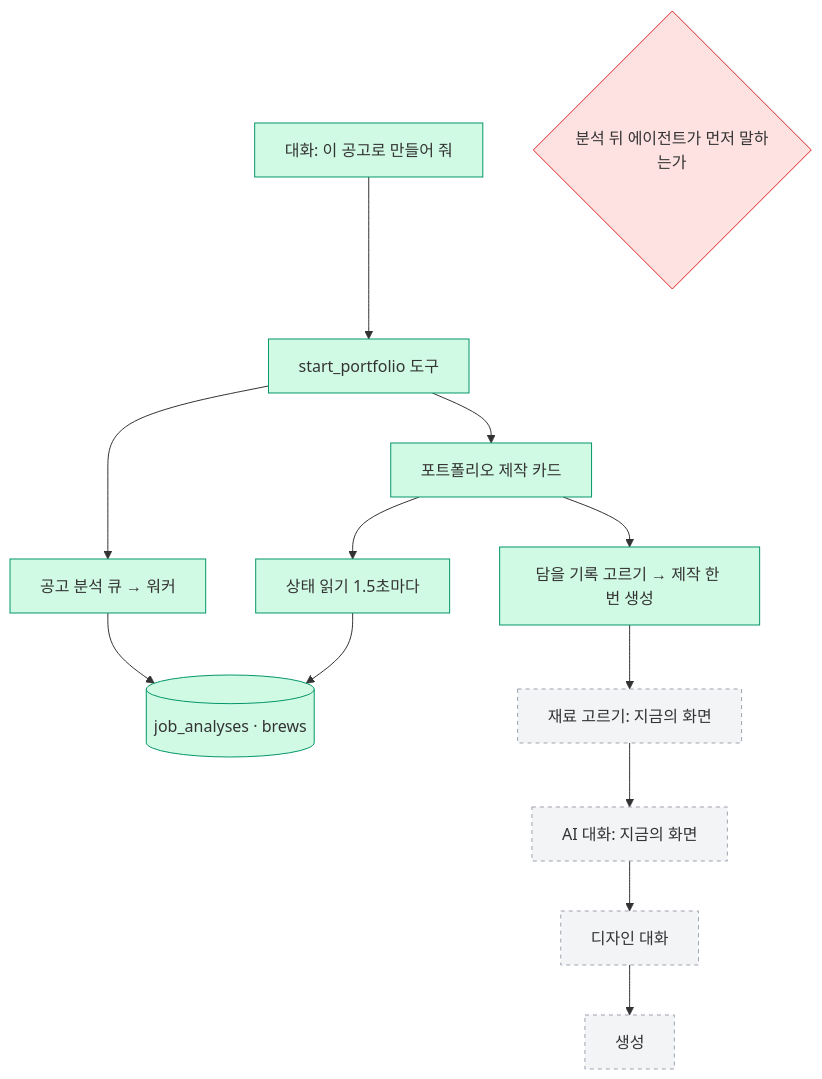
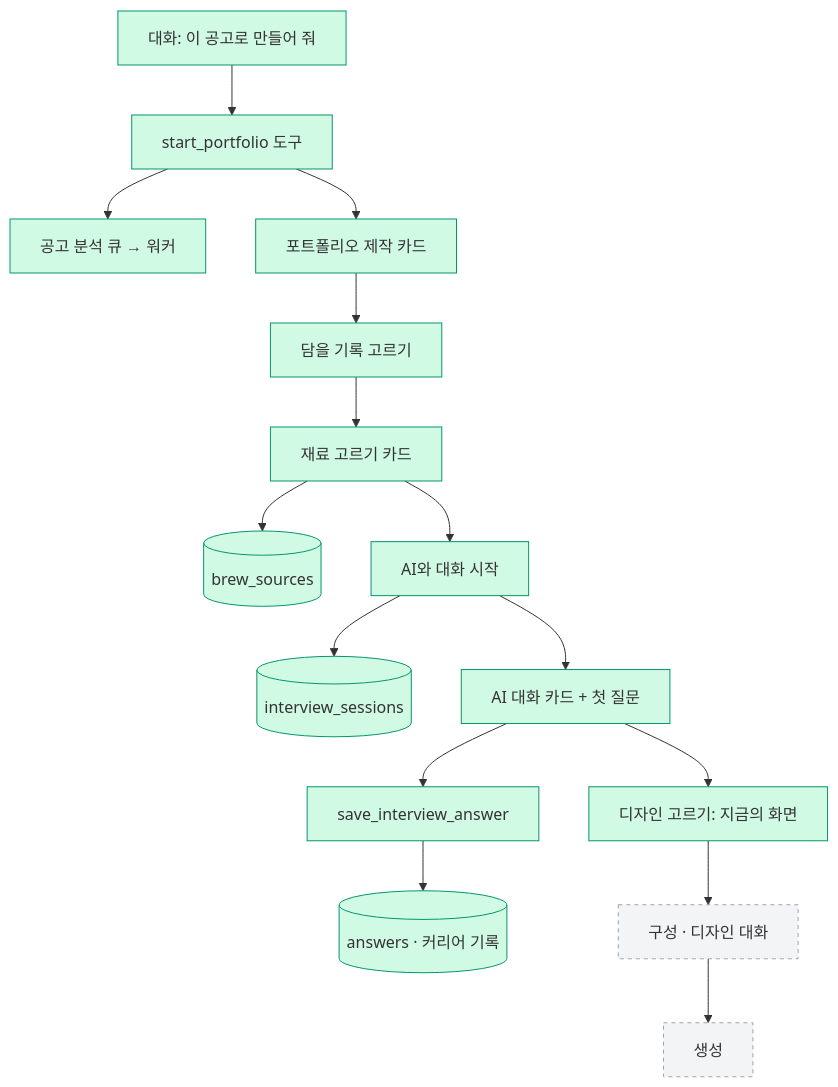
The diagram in .sitrep/sessions/20261120-0200-brew-chat/arch.mmd (Expresso-Organization/expresso), drawn with Mermaid before and after one commit. The commit also changed 32 other files, not shown here.

```diff
--- a/.sitrep/sessions/20261120-0200-brew-chat/arch.mmd
+++ b/.sitrep/sessions/20261120-0200-brew-chat/arch.mmd
@@ -1,20 +1,21 @@
 flowchart TD
   U[대화: 이 공고로 만들어 줘] --> T[start_portfolio 도구]
   T --> A[공고 분석 큐 → 워커]
   T --> C[포트폴리오 제작 카드]
-  C --> S[상태 읽기 1.5초마다]
-  S --> J[(job_analyses · brews)]
-  A --> J
-  C --> O[담을 기록 고르기 → 제작 한 번 생성]
-  O --> M[재료 고르기: 지금의 화면]
-  M --> I[AI 대화: 지금의 화면]
-  I --> D[디자인 대화]
-  D --> G[생성]
-  Q{분석 뒤 에이전트가 먼저 말하는가}
+  C --> O[담을 기록 고르기]
+  O --> M[재료 고르기 카드]
+  M --> B[(brew_sources)]
+  M --> I[AI와 대화 시작]
+  I --> S[(interview_sessions)]
+  I --> Q[AI 대화 카드 + 첫 질문]
+  Q --> V[save_interview_answer]
+  V --> R[(answers · 커리어 기록)]
+  Q --> D[디자인 고르기: 지금의 화면]
+  D --> E[구성 · 디자인 대화]
+  E --> G[생성]
   classDef done fill:#d1fae5,stroke:#059669
   classDef doing fill:#fef3c7,stroke:#d97706
   classDef decide fill:#fee2e2,stroke:#dc2626
   classDef todo fill:#f3f4f6,stroke:#9ca3af,stroke-dasharray:4
-  class U,T,A,C,S,J,O done
-  class M,I,D,G todo
-  class Q decide
+  class U,T,A,C,O,M,B,I,S,Q,V,R,D done
+  class E,G todo
```
